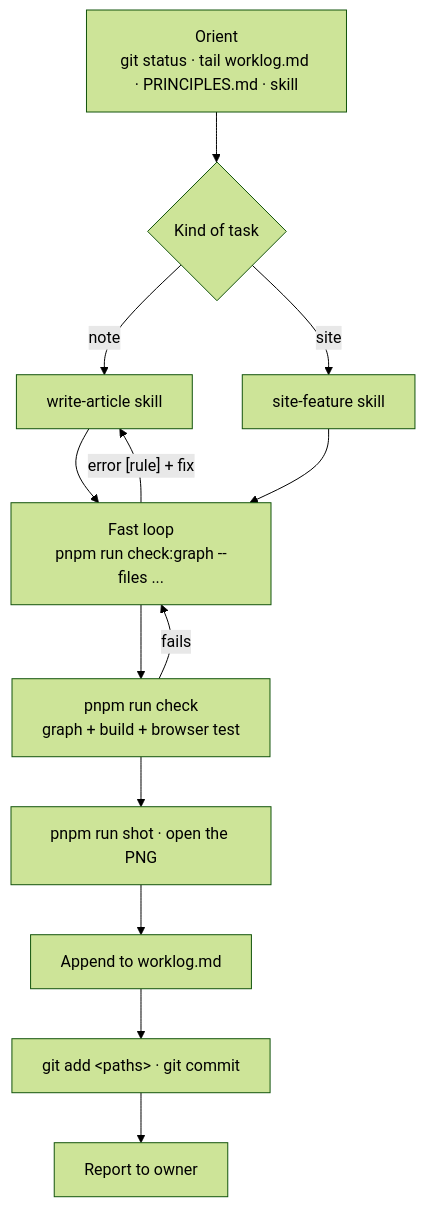
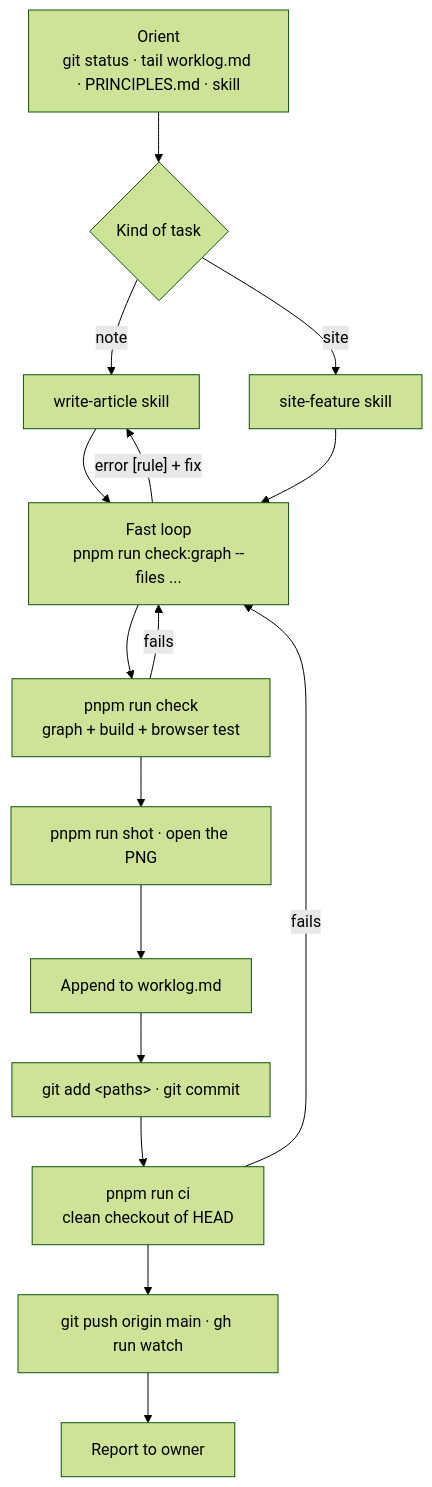
Before and after one commit to tungnguyenlam/mindlessness-thingy: the diagram in docs/workflow.md, drawn with Mermaid (forest theme). The commit also changed 6 other files, not shown here.

Commit message:
docs(workflow): push to main after every task once CI passes

````diff
--- a/docs/workflow.md
+++ b/docs/workflow.md
@@ -15,15 +15,18 @@
 ```mermaid
 flowchart TD
   A["Orient<br/>git status · tail worklog.md · PRINCIPLES.md · skill"] --> B{"Kind of task"}
   B -- note --> C["write-article skill"]
   B -- site --> D["site-feature skill"]
   C --> E["Fast loop<br/>pnpm run check:graph --files ..."]
   D --> E
   E -- "error [rule] + fix" --> C
   E --> F["pnpm run check<br/>graph + build + browser test"]
   F -- fails --> E
   F --> G["pnpm run shot · open the PNG"]
   G --> H["Append to worklog.md"]
   H --> I["git add &lt;paths&gt; · git commit"]
-  I --> J["Report to owner"]
+  I --> K["pnpm run ci<br/>clean checkout of HEAD"]
+  K -- fails --> E
+  K --> L["git push origin main · gh run watch"]
+  L --> J["Report to owner"]
 ```
````
